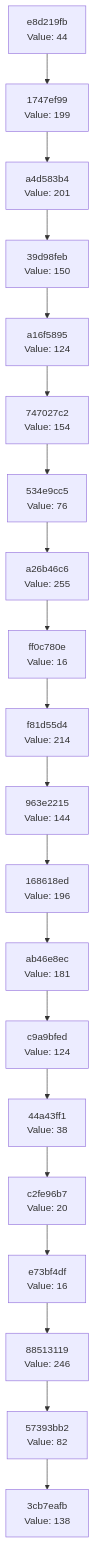
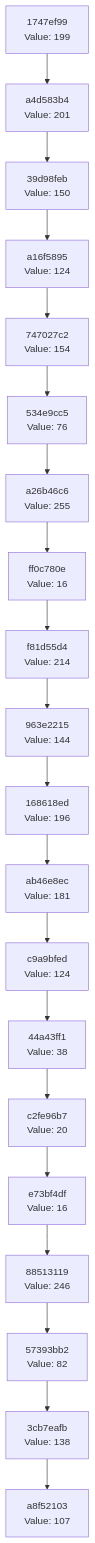
Before and after one commit to Abhisheksinha1506/hash-chain-evolver: the diagram in docs/CHAIN_VISUALIZATION.md, drawn with Mermaid. The commit also changed 2 other files, not shown here.

Commit message:
Evolution Step

````diff
--- a/docs/CHAIN_VISUALIZATION.md
+++ b/docs/CHAIN_VISUALIZATION.md
@@ -3,42 +3,42 @@
 ```mermaid
 graph TD
-    C0["3cb7eafb<br/>Value: 138"]
-    C1["57393bb2<br/>Value: 82"]
+    C0["a8f52103<br/>Value: 107"]
+    C1["3cb7eafb<br/>Value: 138"]
     C1 --> C0
-    C2["88513119<br/>Value: 246"]
+    C2["57393bb2<br/>Value: 82"]
     C2 --> C1
-    C3["e73bf4df<br/>Value: 16"]
+    C3["88513119<br/>Value: 246"]
     C3 --> C2
-    C4["c2fe96b7<br/>Value: 20"]
+    C4["e73bf4df<br/>Value: 16"]
     C4 --> C3
-    C5["44a43ff1<br/>Value: 38"]
+    C5["c2fe96b7<br/>Value: 20"]
     C5 --> C4
-    C6["c9a9bfed<br/>Value: 124"]
+    C6["44a43ff1<br/>Value: 38"]
     C6 --> C5
-    C7["ab46e8ec<br/>Value: 181"]
+    C7["c9a9bfed<br/>Value: 124"]
     C7 --> C6
-    C8["168618ed<br/>Value: 196"]
+    C8["ab46e8ec<br/>Value: 181"]
     C8 --> C7
-    C9["963e2215<br/>Value: 144"]
+    C9["168618ed<br/>Value: 196"]
     C9 --> C8
-    C10["f81d55d4<br/>Value: 214"]
+    C10["963e2215<br/>Value: 144"]
     C10 --> C9
-    C11["ff0c780e<br/>Value: 16"]
+    C11["f81d55d4<br/>Value: 214"]
     C11 --> C10
-    C12["a26b46c6<br/>Value: 255"]
+    C12["ff0c780e<br/>Value: 16"]
     C12 --> C11
-    C13["534e9cc5<br/>Value: 76"]
+    C13["a26b46c6<br/>Value: 255"]
     C13 --> C12
-    C14["747027c2<br/>Value: 154"]
+    C14["534e9cc5<br/>Value: 76"]
     C14 --> C13
-    C15["a16f5895<br/>Value: 124"]
+    C15["747027c2<br/>Value: 154"]
     C15 --> C14
-    C16["39d98feb<br/>Value: 150"]
+    C16["a16f5895<br/>Value: 124"]
     C16 --> C15
-    C17["a4d583b4<br/>Value: 201"]
+    C17["39d98feb<br/>Value: 150"]
     C17 --> C16
-    C18["1747ef99<br/>Value: 199"]
+    C18["a4d583b4<br/>Value: 201"]
     C18 --> C17
-    C19["e8d219fb<br/>Value: 44"]
+    C19["1747ef99<br/>Value: 199"]
     C19 --> C18
 ```
````
